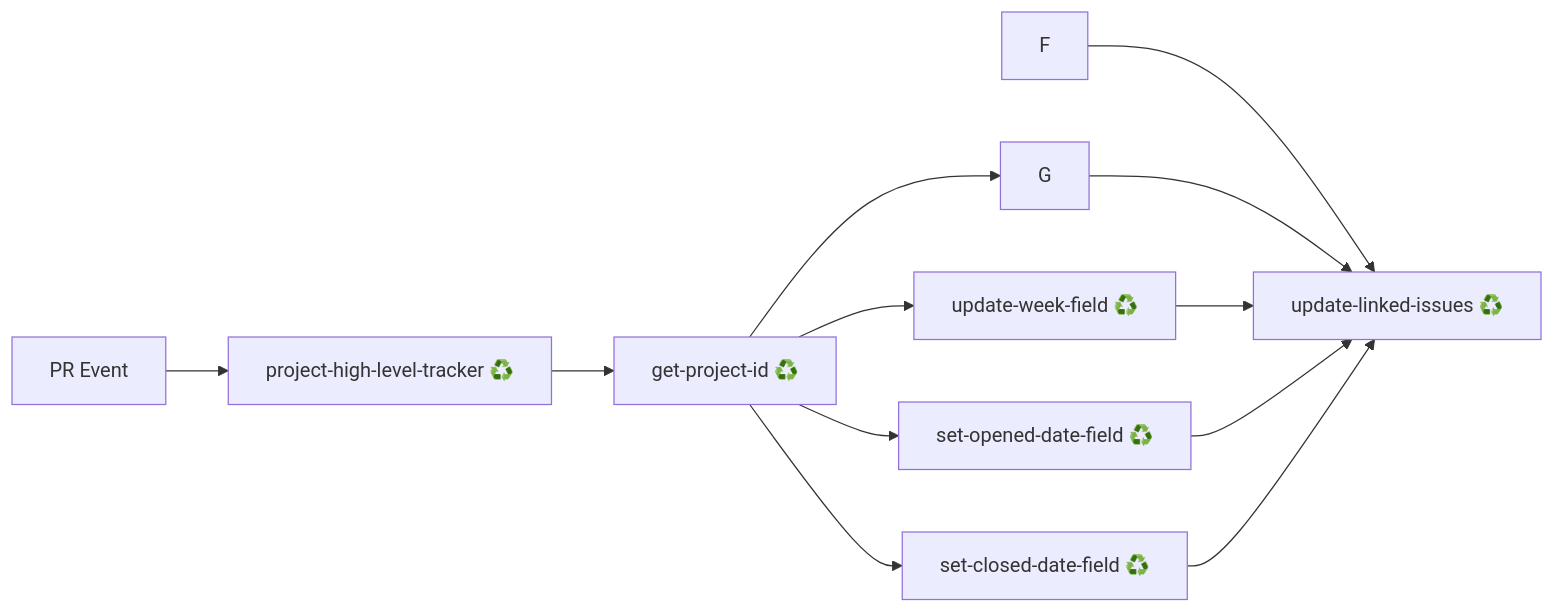
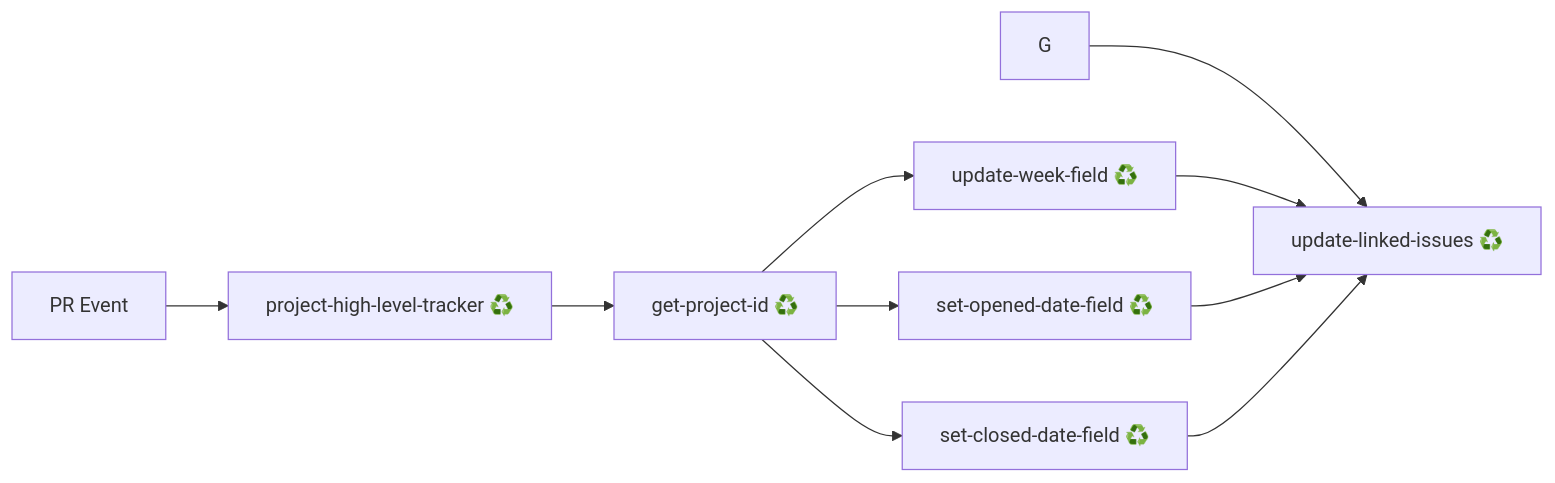
The diagram in docs/project-automation-readme.md (rapidsai/shared-workflows), drawn with Mermaid before and after one commit.

Commit message:
Update mermaid

````diff
--- a/docs/project-automation-readme.md
+++ b/docs/project-automation-readme.md
@@ -30,14 +30,12 @@
 ```mermaid
 flowchart LR
     A[PR Event] --> B[project-high-level-tracker ♻️]
     B --> E[get-project-id ♻️]
-    E --> G
     E --> H[update-week-field ♻️]
     E --> I[set-opened-date-field ♻️]
     E --> J[set-closed-date-field ♻️]
-    F --> K[update-linked-issues ♻️]
-    G --> K
+    G --> K[update-linked-issues ♻️]
     H --> K
     I --> K
     J --> K
 ```
````
